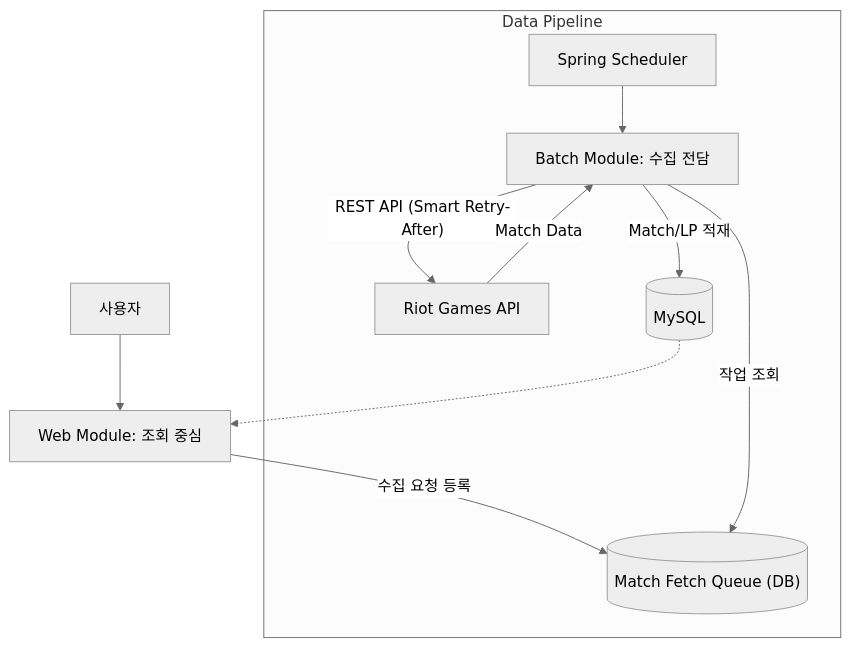
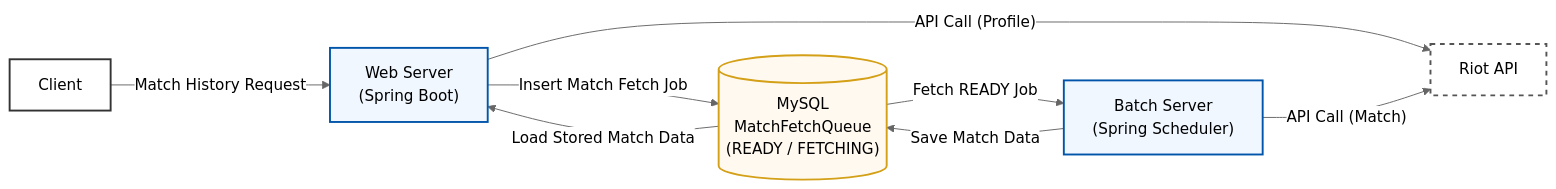
Before and after one commit to umsun1/TFT: the diagram in README.md, drawn with Mermaid (neutral theme). The commit also changed other lines of this file, not shown here.

Commit message:
Update README.md
Updated the description of the asynchronous data collection system and troubleshooting sections to enhance clarity and detail.

````diff
--- a/README.md
+++ b/README.md
@@ -66,15 +66,30 @@
 ```mermaid
-graph TD
-    User[사용자] --> Web[Web Module: 조회 중심]
-    Web -- "수집 요청 등록" --> Queue[("Match Fetch Queue (DB)")]
-    
-    subgraph "Data Pipeline"
-        Scheduler[Spring Scheduler] --> Batch[Batch Module: 수집 전담]
-        Batch -- "작업 조회" --> Queue
-        Batch -- "REST API (Smart Retry-After)" --> Riot[Riot Games API]
-        Riot -- "Match Data" --> Batch
-        Batch -- "Match/LP 적재" --> DB[(MySQL)]
-    end
-    
-    DB -.-> Web
+graph LR
+    %% 스타일 정의
+    classDef client fill:#fff,stroke:#333,stroke-width:2px;
+    classDef server fill:#f0f7ff,stroke:#0055aa,stroke-width:2px;
+    classDef db fill:#fff9f0,stroke:#d4a017,stroke-width:2px;
+    classDef external fill:#fff,stroke:#555,stroke-width:2px,stroke-dasharray: 5 5;
+
+    %% 노드 설정 
+    Client[Client]:::client
+    Web["Web Server<br/>(Spring Boot)"]:::server
+    MySQL[("MySQL<br/>MatchFetchQueue<br/>(READY / FETCHING)")]:::db
+    Batch["Batch Server<br/>(Spring Scheduler)"]:::server
+    Riot["Riot API"]:::external
+
+    %% 1. 사용자 요청 흐름 
+    Client -- "Match History Request" --> Web
+
+    %% 2. Web Server와 DB 간 상호작용 
+    Web -- "Insert Match Fetch Job" --> MySQL
+    MySQL -- "Load Stored Match Data" --> Web
+
+    %% 3. Batch Server와 DB 간 상호작용 
+    MySQL -- "Fetch READY Job" --> Batch
+    Batch -- "Save Match Data" --> MySQL
+
+    %% 4. 외부 API 호출 구조 
+    Web -- "API Call (Profile)" --> Riot
+    Batch -- "API Call (Match)" --> Riot
 ```
````
